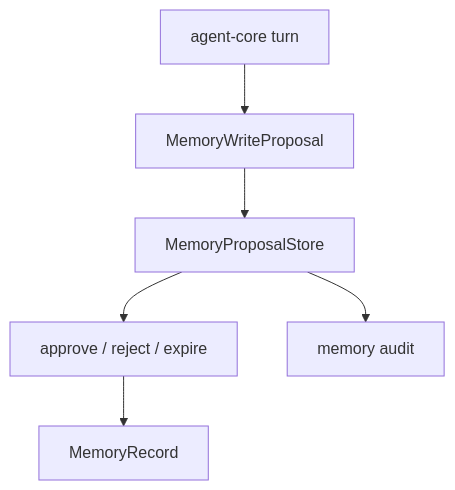
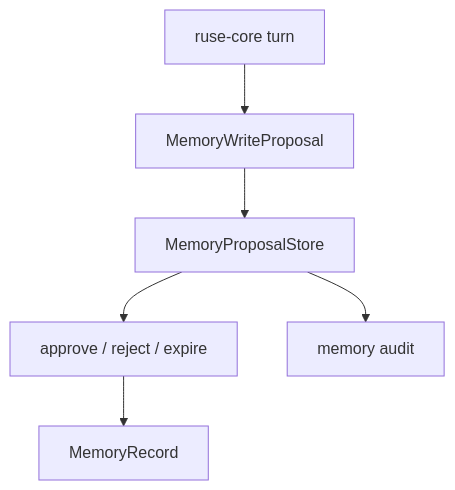
One commit to poneding/agent changed the diagram in docs/specs/M23-04-memory-write-proposals.spec.md. Above: the diagram before and after it, drawn with Mermaid. The commit also changed other lines of this file and 2091 other files, not shown here.

First line of the commit message:
refactor: rename agent branding to ruse

````diff
--- a/docs/specs/M23-04-memory-write-proposals.spec.md
+++ b/docs/specs/M23-04-memory-write-proposals.spec.md
@@ -33,8 +33,8 @@
 ```mermaid
 flowchart TD
-  Turn["agent-core turn"] --> Proposal["MemoryWriteProposal"]
+  Turn["ruse-core turn"] --> Proposal["MemoryWriteProposal"]
   Proposal --> Store["MemoryProposalStore"]
   Store --> Decision["approve / reject / expire"]
   Decision --> Record["MemoryRecord"]
   Store --> Audit["memory audit"]
 ```
````
